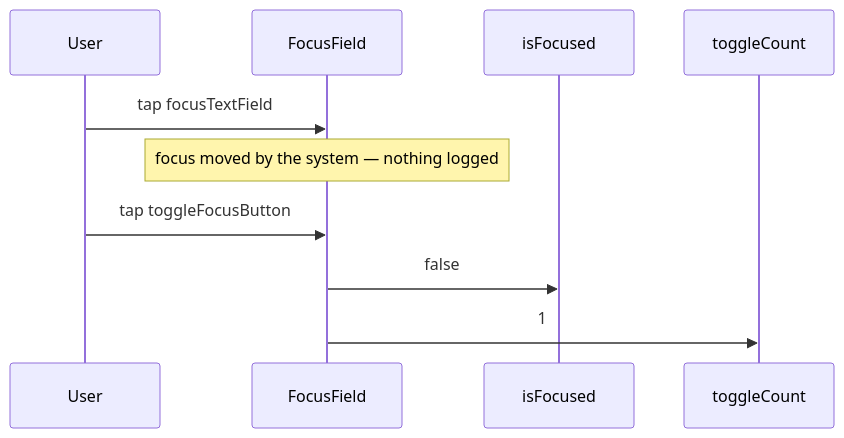
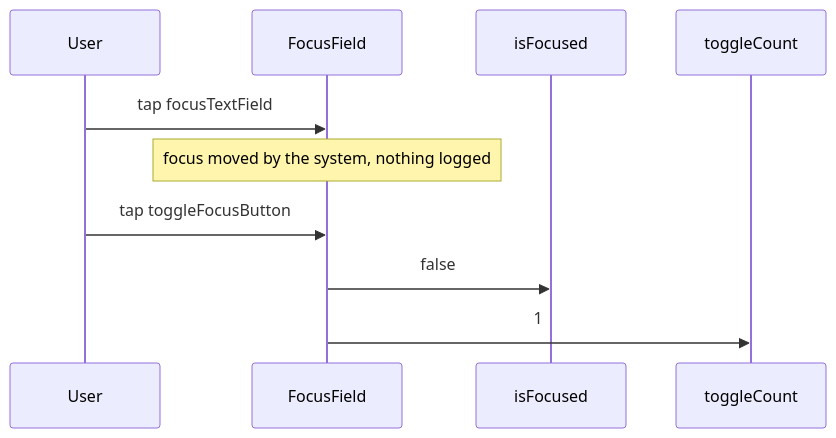
Diagram 13 of 13 in hypermodular/references/coreflow-example-validation.md (sisoje/hypermodular), drawn with Mermaid before and after one commit. The commit also changed other lines of this file and 47 other files, not shown here.

````diff
--- a/hypermodular/references/coreflow-example-validation.md
+++ b/hypermodular/references/coreflow-example-validation.md
@@ -377,10 +381,10 @@
 ```mermaid
 %% Evidence: FocusField · Parent: Unmounted (../APP-MAP.md)
 %% Given: toggleCount 0 · unfocused
 sequenceDiagram
     User->>FocusField: tap focusTextField
-    Note over FocusField: focus moved by the system — nothing logged
+    Note over FocusField: focus moved by the system, nothing logged
     User->>FocusField: tap toggleFocusButton
     FocusField->>isFocused: false
     FocusField->>toggleCount: 1
 ```
````
